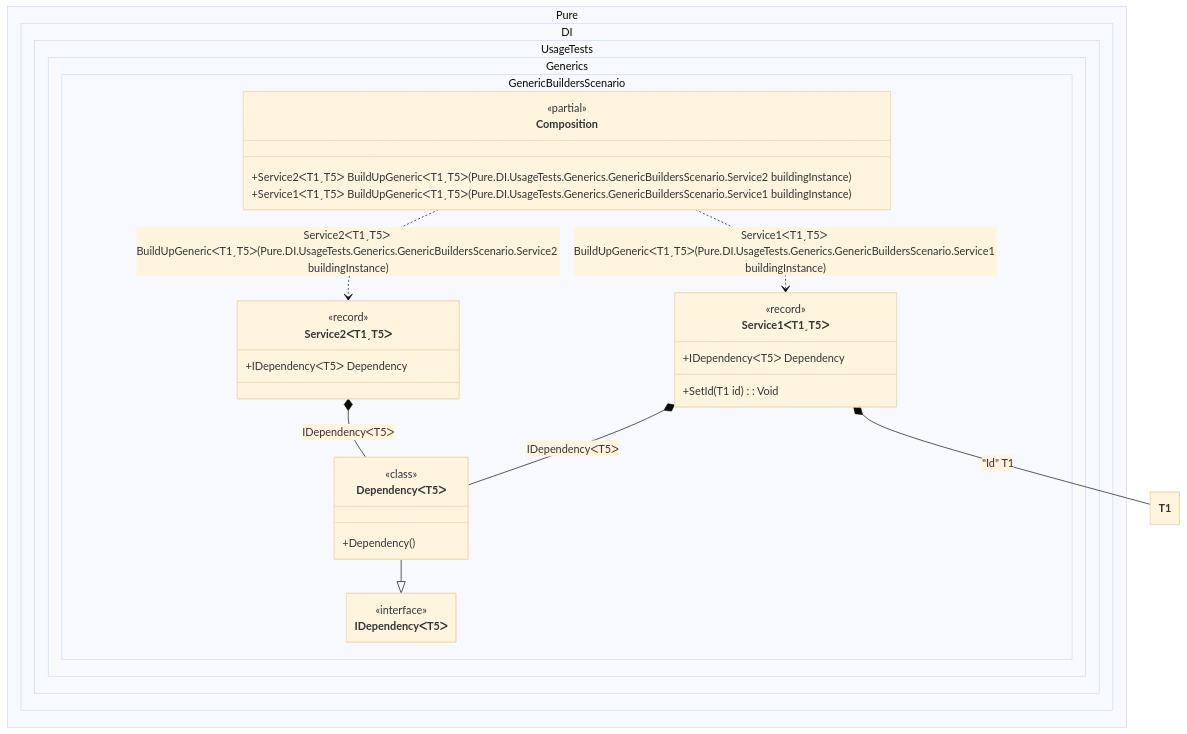
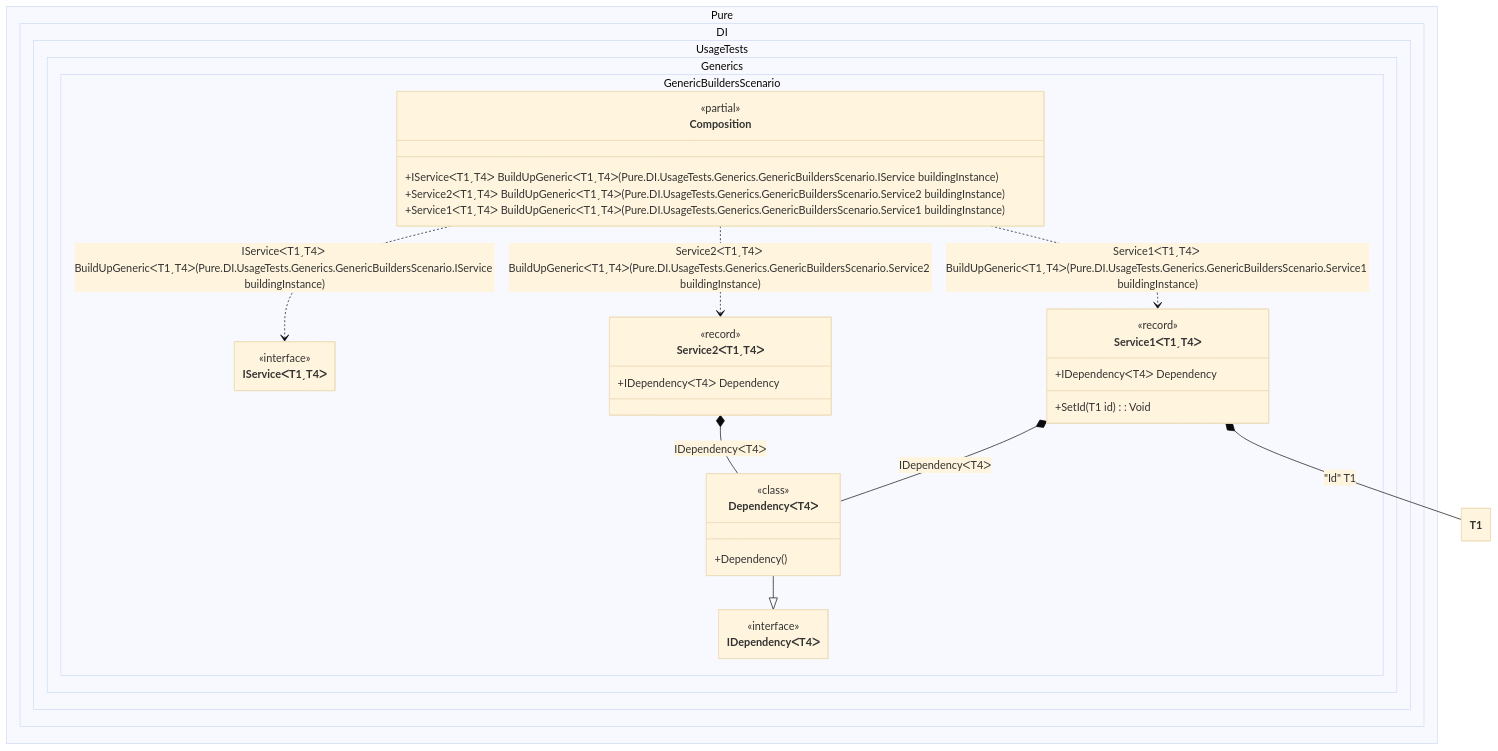
Before and after one commit to DevTeam/Pure.DI: the diagram in readme/generic-builders.md, drawn with Mermaid (base theme). The commit also changed other lines of this file and 33 other files, not shown here.

````diff
--- a/readme/generic-builders.md
+++ b/readme/generic-builders.md
@@ -139,39 +179,44 @@
 ```mermaid
 ---
  config:
   maxTextSize: 2147483647
   maxEdges: 2147483647
   class:
    hideEmptyMembersBox: true
 ---
 classDiagram
-	DependencyᐸT5ᐳ --|> IDependencyᐸT5ᐳ
-	Composition ..> Service2ᐸT1ˏT5ᐳ : Service2ᐸT1ˏT5ᐳ BuildUpGenericᐸT1ˏT5ᐳ(Pure.DI.UsageTests.Generics.GenericBuildersScenario.Service2<T1, T5> buildingInstance)
-	Composition ..> Service1ᐸT1ˏT5ᐳ : Service1ᐸT1ˏT5ᐳ BuildUpGenericᐸT1ˏT5ᐳ(Pure.DI.UsageTests.Generics.GenericBuildersScenario.Service1<T1, T5> buildingInstance)
-	Service2ᐸT1ˏT5ᐳ *--  DependencyᐸT5ᐳ : IDependencyᐸT5ᐳ
-	Service1ᐸT1ˏT5ᐳ *--  DependencyᐸT5ᐳ : IDependencyᐸT5ᐳ
-	Service1ᐸT1ˏT5ᐳ *--  T1 : "Id"  T1
+	DependencyᐸT4ᐳ --|> IDependencyᐸT4ᐳ
+	Composition ..> IServiceᐸT1ˏT4ᐳ : IServiceᐸT1ˏT4ᐳ BuildUpGenericᐸT1ˏT4ᐳ(Pure.DI.UsageTests.Generics.GenericBuildersScenario.IService<T1, T4> buildingInstance)
+	Composition ..> Service2ᐸT1ˏT4ᐳ : Service2ᐸT1ˏT4ᐳ BuildUpGenericᐸT1ˏT4ᐳ(Pure.DI.UsageTests.Generics.GenericBuildersScenario.Service2<T1, T4> buildingInstance)
+	Composition ..> Service1ᐸT1ˏT4ᐳ : Service1ᐸT1ˏT4ᐳ BuildUpGenericᐸT1ˏT4ᐳ(Pure.DI.UsageTests.Generics.GenericBuildersScenario.Service1<T1, T4> buildingInstance)
+	Service2ᐸT1ˏT4ᐳ *--  DependencyᐸT4ᐳ : IDependencyᐸT4ᐳ
+	Service1ᐸT1ˏT4ᐳ *--  DependencyᐸT4ᐳ : IDependencyᐸT4ᐳ
+	Service1ᐸT1ˏT4ᐳ *--  T1 : "Id"  T1
 	namespace Pure.DI.UsageTests.Generics.GenericBuildersScenario {
 		class Composition {
 		<<partial>>
-		+Service2ᐸT1ˏT5ᐳ BuildUpGenericᐸT1ˏT5ᐳ(Pure.DI.UsageTests.Generics.GenericBuildersScenario.Service2<T1, T5> buildingInstance)
-		+Service1ᐸT1ˏT5ᐳ BuildUpGenericᐸT1ˏT5ᐳ(Pure.DI.UsageTests.Generics.GenericBuildersScenario.Service1<T1, T5> buildingInstance)
+		+IServiceᐸT1ˏT4ᐳ BuildUpGenericᐸT1ˏT4ᐳ(Pure.DI.UsageTests.Generics.GenericBuildersScenario.IService<T1, T4> buildingInstance)
+		+Service2ᐸT1ˏT4ᐳ BuildUpGenericᐸT1ˏT4ᐳ(Pure.DI.UsageTests.Generics.GenericBuildersScenario.Service2<T1, T4> buildingInstance)
+		+Service1ᐸT1ˏT4ᐳ BuildUpGenericᐸT1ˏT4ᐳ(Pure.DI.UsageTests.Generics.GenericBuildersScenario.Service1<T1, T4> buildingInstance)
 		}
-		class DependencyᐸT5ᐳ {
+		class DependencyᐸT4ᐳ {
 				<<class>>
 			+Dependency()
 		}
-		class IDependencyᐸT5ᐳ {
+		class IDependencyᐸT4ᐳ {
 			<<interface>>
 		}
-		class Service1ᐸT1ˏT5ᐳ {
+		class IServiceᐸT1ˏT4ᐳ {
+				<<interface>>
+		}
+		class Service1ᐸT1ˏT4ᐳ {
 				<<record>>
-			+IDependencyᐸT5ᐳ Dependency
+			+IDependencyᐸT4ᐳ Dependency
 			+SetId(T1 id) : Void
 		}
-		class Service2ᐸT1ˏT5ᐳ {
+		class Service2ᐸT1ˏT4ᐳ {
 				<<record>>
-			+IDependencyᐸT5ᐳ Dependency
+			+IDependencyᐸT4ᐳ Dependency
 		}
 	}
 ```
````
